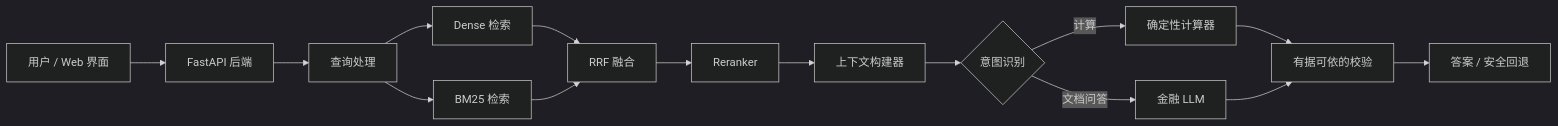
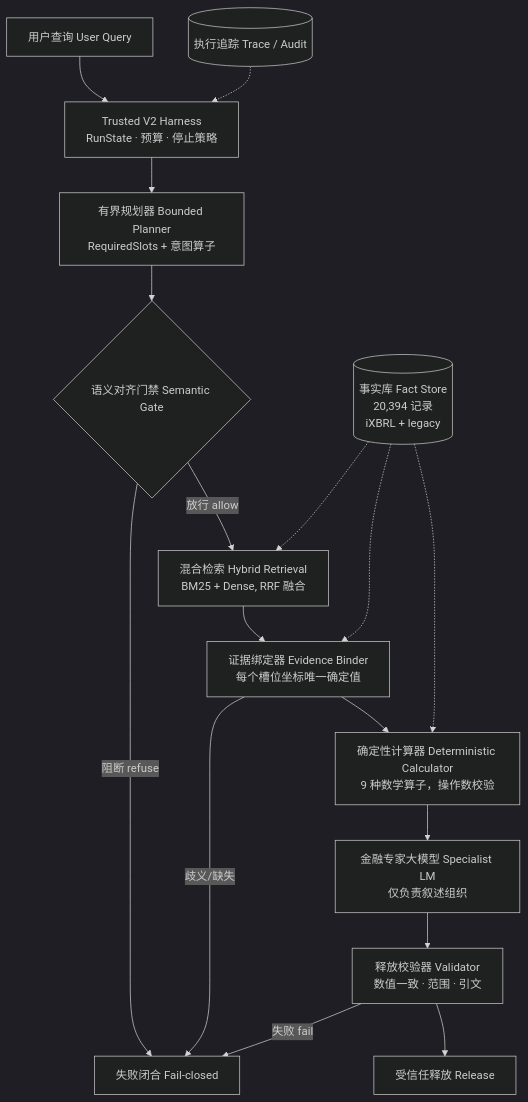
Before and after one commit to Dorring/Nano_finRAG: the diagram in README.zh-CN.md, drawn with Mermaid (dark theme). The commit also changed other lines of this file and 4 other files, not shown here.

Commit message:
docs: polish README display with rich SVG architecture diagrams and metrics cards

````diff
--- a/README.zh-CN.md
+++ b/README.zh-CN.md
@@ -64,19 +82,20 @@
 ```mermaid
-flowchart LR
-    A[用户 / Web 界面] --> B[FastAPI 后端]
-    B --> C[查询处理]
-    C --> D[Dense 检索]
-    C --> E[BM25 检索]
-    D --> F[RRF 融合]
-    E --> F
-    F --> G[Reranker]
-    G --> H[上下文构建器]
+flowchart TD
+    Q[用户查询 User Query] --> H[Trusted V2 Harness<br/>RunState · 预算 · 停止策略]
+    H --> P[有界规划器 Bounded Planner<br/>RequiredSlots + 意图算子]
+    P --> A{语义对齐门禁 Semantic Gate}
+    A -- 阻断 refuse --> FC[失败闭合 Fail-closed]
+    A -- 放行 allow --> R[混合检索 Hybrid Retrieval<br/>BM25 + Dense, RRF 融合]
+    R --> B[证据绑定器 Evidence Binder<br/>每个槽位坐标唯一确定值]
+    B -- 歧义/缺失 --> FC
+    B --> C[确定性计算器 Deterministic Calculator<br/>9 种数学算子，操作数校验]
+    C --> G[金融专家大模型 Specialist LM<br/>仅负责叙述组织]
+    G --> V[释放校验器 Validator<br/>数值一致 · 范围 · 引文]
+    V -- 失败 fail --> FC
+    V --> REL[受信任释放 Release]
 
-    H --> I{意图识别}
-    I -->|计算| J[确定性计算器]
-    I -->|文档问答| K[金融 LLM]
-
-    J --> L[有据可依的校验]
-    K --> L
-    L --> M[答案 / 安全回退]
+    ST[(事实库 Fact Store<br/>20,394 记录<br/>iXBRL + legacy)] -.-> R
+    ST -.-> B
+    ST -.-> C
+    TR[(执行追踪 Trace / Audit)] -.-> H
 ```
````
